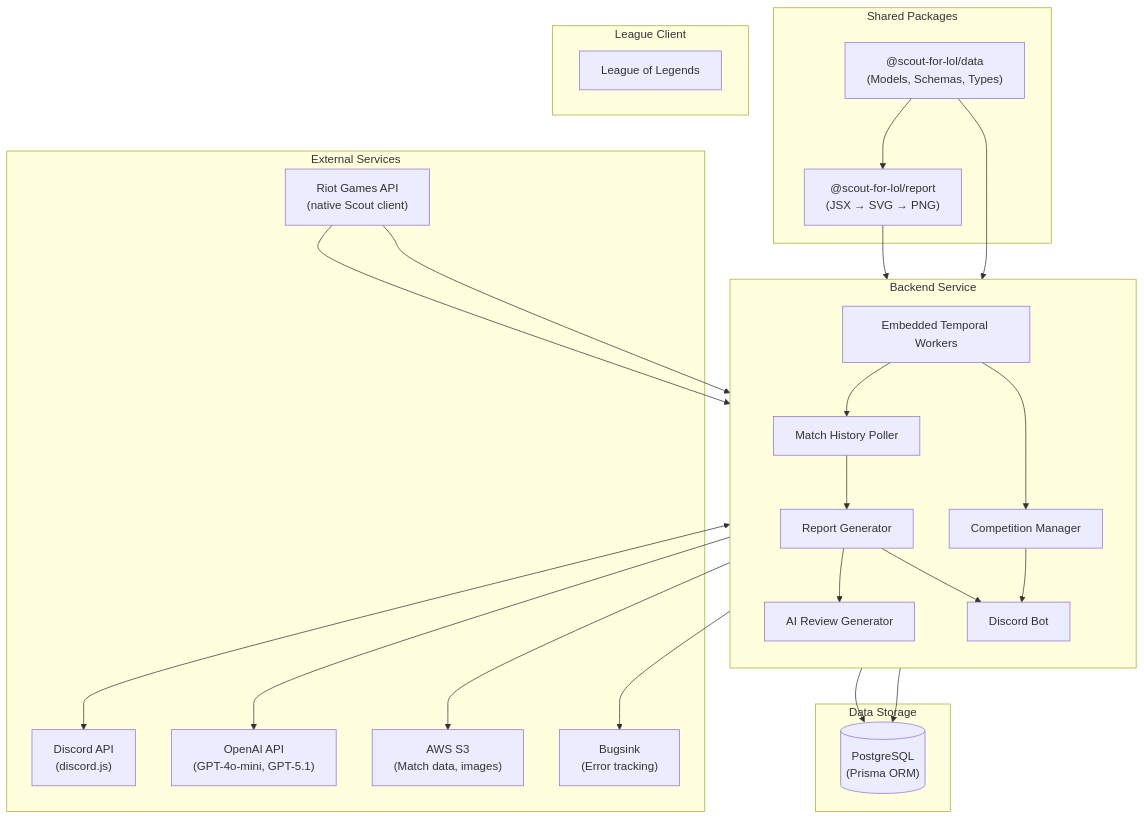
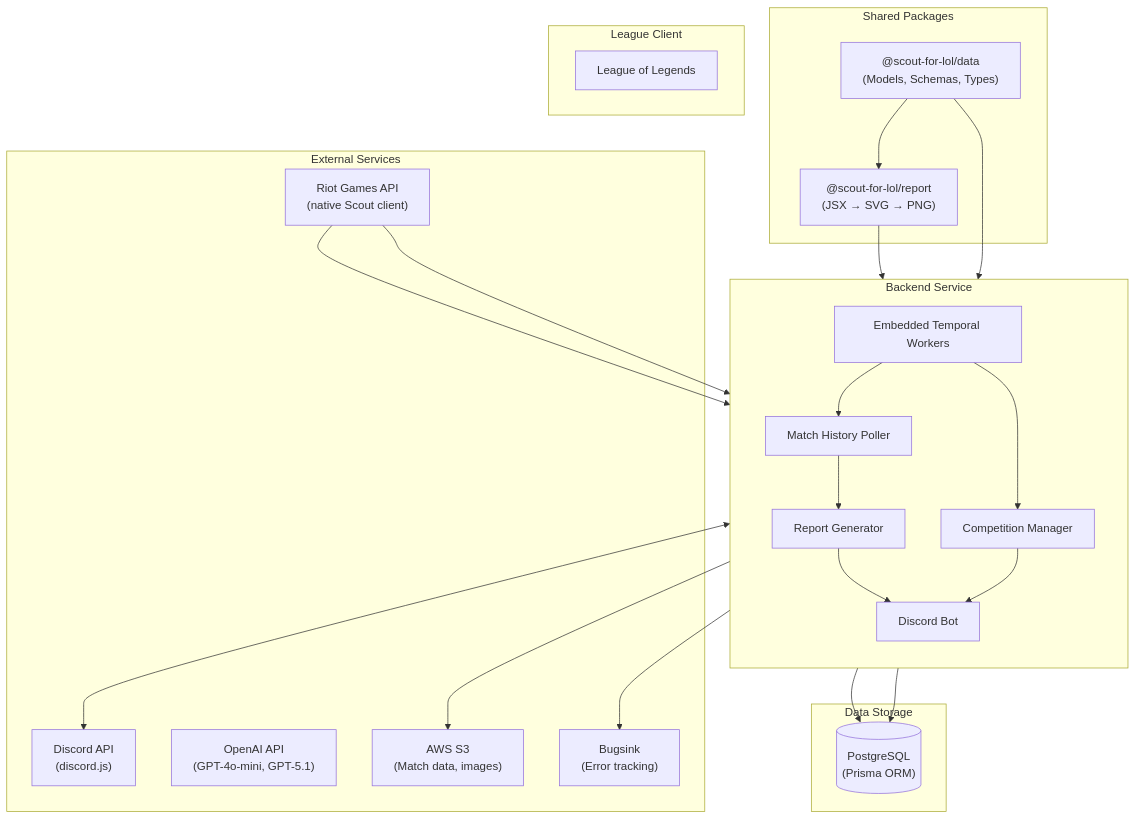
The first of 8 diagrams in packages/scout-for-lol/docs/architecture.md (shepherdjerred/monorepo), drawn with Mermaid before and after one commit. The commit also changed other lines of this file and 234 other files, not shown here.

````diff
--- a/packages/scout-for-lol/docs/architecture.md
+++ b/packages/scout-for-lol/docs/architecture.md
@@ -7,56 +7,53 @@
 ```mermaid
 flowchart TB
     subgraph External["External Services"]
         RIOT["Riot Games API<br/>(native Scout client)"]
         DISCORD_API["Discord API<br/>(discord.js)"]
         OPENAI["OpenAI API<br/>(GPT-4o-mini, GPT-5.1)"]
         S3["AWS S3<br/>(Match data, images)"]
         BUGSINK["Bugsink<br/>(Error tracking)"]
     end
 
     subgraph Backend["Backend Service"]
         direction TB
         BOT["Discord Bot"]
         TEMPORAL["Embedded Temporal Workers"]
         MATCH_POLLER["Match History Poller"]
         REPORT_GEN["Report Generator"]
-        AI_REVIEW["AI Review Generator"]
         COMPETITION["Competition Manager"]
     end
 
     subgraph SharedPkg["Shared Packages"]
         DATA["@scout-for-lol/data<br/>(Models, Schemas, Types)"]
         REPORT["@scout-for-lol/report<br/>(JSX → SVG → PNG)"]
     end
 
     subgraph Storage["Data Storage"]
         DB[("PostgreSQL<br/>(Prisma ORM)")]
     end
 
     subgraph LOL["League Client"]
         LEAGUE_CLIENT["League of Legends"]
     end
 
     %% External connections
     RIOT --> MATCH_POLLER
     RIOT --> COMPETITION
     BOT <--> DISCORD_API
-    AI_REVIEW --> OPENAI
     REPORT_GEN --> S3
     Backend --> BUGSINK
 
     %% Internal backend connections
     TEMPORAL --> MATCH_POLLER
     TEMPORAL --> COMPETITION
     MATCH_POLLER --> REPORT_GEN
-    REPORT_GEN --> AI_REVIEW
     REPORT_GEN --> BOT
     BOT --> DB
     COMPETITION --> DB
     COMPETITION --> BOT
 
     %% Package dependencies
     DATA --> Backend
     REPORT --> REPORT_GEN
     DATA --> REPORT
 ```
````
